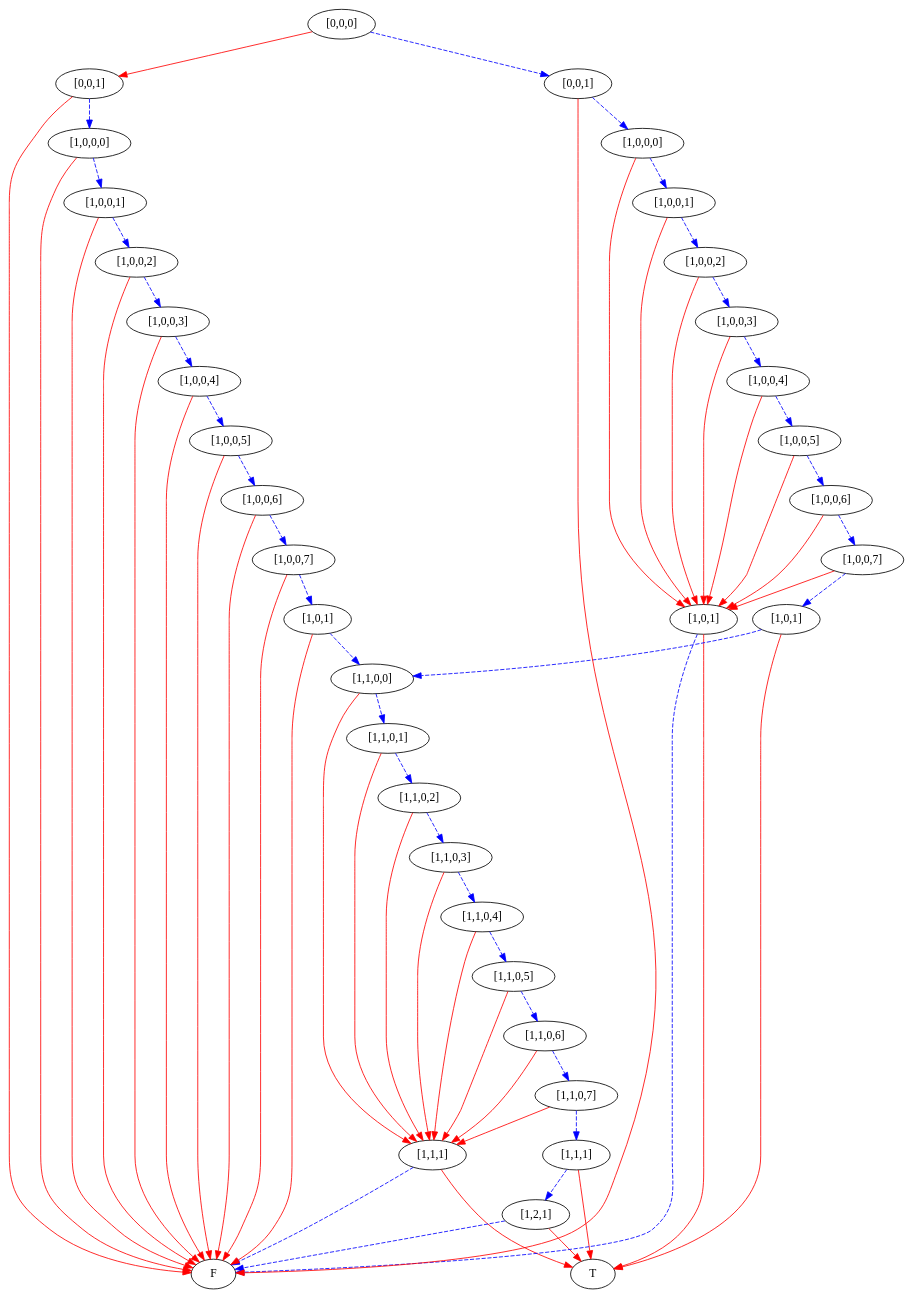
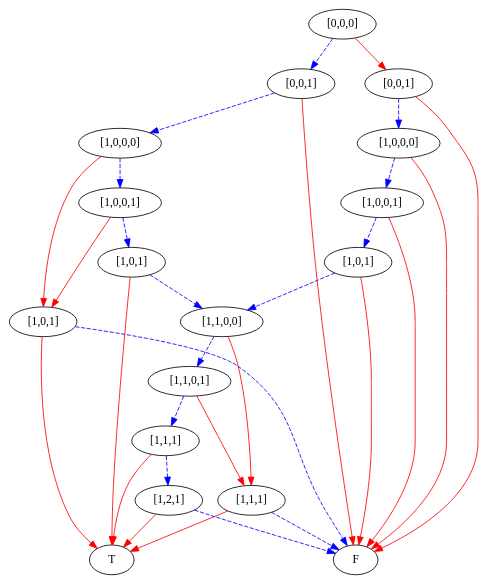
The diagram in simpleProgram5bstates/4.dot (mburyakov/minxmod), drawn with Graphviz before and after one commit. The commit also changed 11 other files, not shown here.

```diff
--- a/simpleProgram5bstates/4.dot
+++ b/simpleProgram5bstates/4.dot
@@ -1,136 +1,64 @@
 digraph {
     1 [label=F];
     2 [label=T];
     3 [label="[1,1,1]"];
     4 [label="[1,2,1]"];
     5 [label="[1,1,1]"];
-    6 [label="[1,1,0,7]"];
-    7 [label="[1,1,0,6]"];
-    8 [label="[1,1,0,5]"];
-    9 [label="[1,1,0,4]"];
-    10 [label="[1,1,0,3]"];
-    11 [label="[1,1,0,2]"];
-    12 [label="[1,1,0,1]"];
-    13 [label="[1,1,0,0]"];
-    14 [label="[1,0,1]"];
-    15 [label="[1,0,0,7]"];
-    16 [label="[1,0,0,6]"];
-    17 [label="[1,0,0,5]"];
-    18 [label="[1,0,0,4]"];
-    19 [label="[1,0,0,3]"];
-    20 [label="[1,0,0,2]"];
-    21 [label="[1,0,0,1]"];
-    22 [label="[1,0,0,0]"];
-    23 [label="[0,0,1]"];
-    24 [label="[1,0,1]"];
-    25 [label="[1,0,1]"];
-    26 [label="[1,0,0,7]"];
-    27 [label="[1,0,0,6]"];
-    28 [label="[1,0,0,5]"];
-    29 [label="[1,0,0,4]"];
-    30 [label="[1,0,0,3]"];
-    31 [label="[1,0,0,2]"];
-    32 [label="[1,0,0,1]"];
-    33 [label="[1,0,0,0]"];
-    34 [label="[0,0,1]"];
-    35 [label="[0,0,0]"];
+    6 [label="[1,1,0,1]"];
+    7 [label="[1,1,0,0]"];
+    8 [label="[1,0,1]"];
+    9 [label="[1,0,0,1]"];
+    10 [label="[1,0,0,0]"];
+    11 [label="[0,0,1]"];
+    12 [label="[1,0,1]"];
+    13 [label="[1,0,1]"];
+    14 [label="[1,0,0,1]"];
+    15 [label="[1,0,0,0]"];
+    16 [label="[0,0,1]"];
+    17 [label="[0,0,0]"];
     3 -> 1 [style=dashed
            ,color=blue];
     3 -> 2 [color=red];
     4 -> 1 [style=dashed
            ,color=blue];
     4 -> 2 [color=red];
     5 -> 4 [style=dashed
            ,color=blue];
     5 -> 2 [color=red];
     6 -> 3 [color=red];
     6 -> 5 [style=dashed
            ,color=blue];
     7 -> 3 [color=red];
     7 -> 6 [style=dashed
            ,color=blue];
-    8 -> 3 [color=red];
     8 -> 7 [style=dashed
            ,color=blue];
-    9 -> 3 [color=red];
+    8 -> 1 [color=red];
     9 -> 8 [style=dashed
            ,color=blue];
-    10 -> 3 [color=red];
+    9 -> 1 [color=red];
     10 -> 9 [style=dashed
             ,color=blue];
-    11 -> 3 [color=red];
+    10 -> 1 [color=red];
     11 -> 10 [style=dashed
              ,color=blue];
-    12 -> 3 [color=red];
-    12 -> 11 [style=dashed
-             ,color=blue];
-    13 -> 3 [color=red];
-    13 -> 12 [style=dashed
-             ,color=blue];
+    11 -> 1 [color=red];
+    12 -> 1 [style=dashed
+            ,color=blue];
+    12 -> 2 [color=red];
+    13 -> 7 [style=dashed
+            ,color=blue];
+    13 -> 2 [color=red];
+    14 -> 12 [color=red];
     14 -> 13 [style=dashed
              ,color=blue];
-    14 -> 1 [color=red];
+    15 -> 12 [color=red];
     15 -> 14 [style=dashed
              ,color=blue];
-    15 -> 1 [color=red];
     16 -> 15 [style=dashed
              ,color=blue];
     16 -> 1 [color=red];
+    17 -> 11 [color=red];
     17 -> 16 [style=dashed
              ,color=blue];
-    17 -> 1 [color=red];
-    18 -> 17 [style=dashed
-             ,color=blue];
-    18 -> 1 [color=red];
-    19 -> 18 [style=dashed
-             ,color=blue];
-    19 -> 1 [color=red];
-    20 -> 19 [style=dashed
-             ,color=blue];
-    20 -> 1 [color=red];
-    21 -> 20 [style=dashed
-             ,color=blue];
-    21 -> 1 [color=red];
-    22 -> 21 [style=dashed
-             ,color=blue];
-    22 -> 1 [color=red];
-    23 -> 22 [style=dashed
-             ,color=blue];
-    23 -> 1 [color=red];
-    24 -> 1 [style=dashed
-            ,color=blue];
-    24 -> 2 [color=red];
-    25 -> 13 [style=dashed
-             ,color=blue];
-    25 -> 2 [color=red];
-    26 -> 24 [color=red];
-    26 -> 25 [style=dashed
-             ,color=blue];
-    27 -> 24 [color=red];
-    27 -> 26 [style=dashed
-             ,color=blue];
-    28 -> 24 [color=red];
-    28 -> 27 [style=dashed
-             ,color=blue];
-    29 -> 24 [color=red];
-    29 -> 28 [style=dashed
-             ,color=blue];
-    30 -> 24 [color=red];
-    30 -> 29 [style=dashed
-             ,color=blue];
-    31 -> 24 [color=red];
-    31 -> 30 [style=dashed
-             ,color=blue];
-    32 -> 24 [color=red];
-    32 -> 31 [style=dashed
-             ,color=blue];
-    33 -> 24 [color=red];
-    33 -> 32 [style=dashed
-             ,color=blue];
-    34 -> 33 [style=dashed
-             ,color=blue];
-    34 -> 1 [color=red];
-    35 -> 23 [color=red];
-    35 -> 34 [style=dashed
-             ,color=blue];
 }
```
